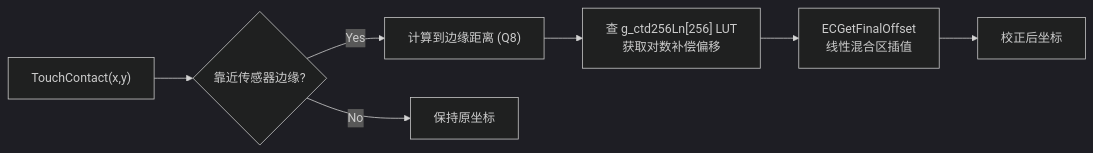
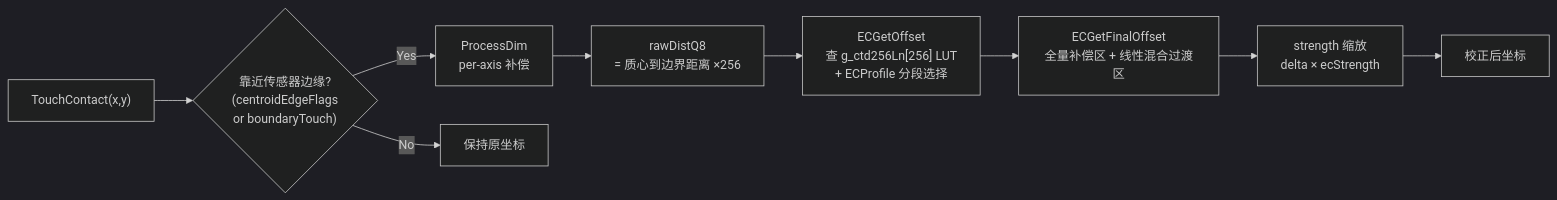
One commit to krrrak/EGoTouchRev changed the ninth of 14 diagrams in docs/touch_pipeline_architecture.md. Above: the diagram before and after it, drawn with Mermaid (dark theme). The commit also changed other lines of this file and 8 other files, not shown here.

Commit message:
feat: implement speed-adaptive IIR coordinate filtering and add project architecture documentation

````diff
--- a/docs/touch_pipeline_architecture.md
+++ b/docs/touch_pipeline_architecture.md
@@ -300,9 +334,11 @@
 ```mermaid
 flowchart LR
-    TOUCH["TouchContact(x,y)"] --> NEAR{"靠近传感器边缘?"}
-    NEAR -- "Yes" --> DIST["计算到边缘距离 (Q8)"]
-    DIST --> LUT["查 g_ctd256Ln[256] LUT<br/>获取对数补偿偏移"]
-    LUT --> BLEND["ECGetFinalOffset<br/>线性混合区插值"]
-    BLEND --> CORRECTED["校正后坐标"]
+    TOUCH["TouchContact(x,y)"] --> NEAR{"靠近传感器边缘?<br/>(centroidEdgeFlags<br/>or boundaryTouch)"}
+    NEAR -- "Yes" --> DIM["ProcessDim<br/>per-axis 补偿"]
+    DIM --> DIST["rawDistQ8<br/>= 质心到边界距离 ×256"]
+    DIST --> LUT["ECGetOffset<br/>查 g_ctd256Ln[256] LUT<br/>+ ECProfile 分段选择"]
+    LUT --> BLEND["ECGetFinalOffset<br/>全量补偿区 + 线性混合过渡区"]
+    BLEND --> STRENGTH["strength 缩放<br/>delta × ecStrength"]
+    STRENGTH --> CORRECTED["校正后坐标"]
     NEAR -- "No" --> PASS["保持原坐标"]
 ```
````
